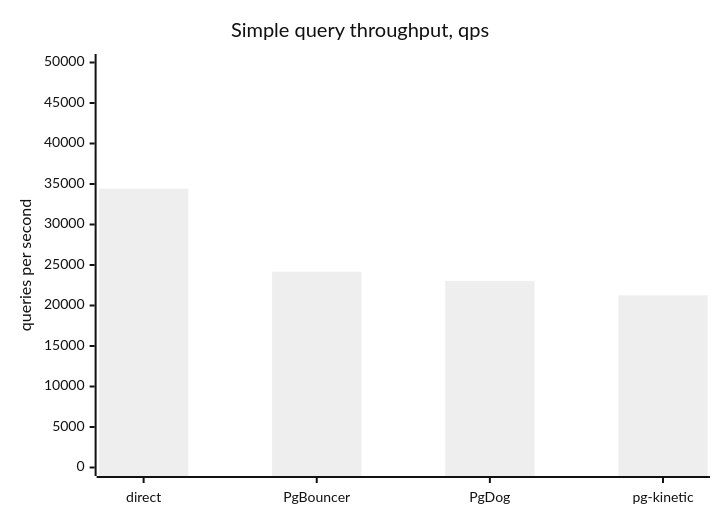
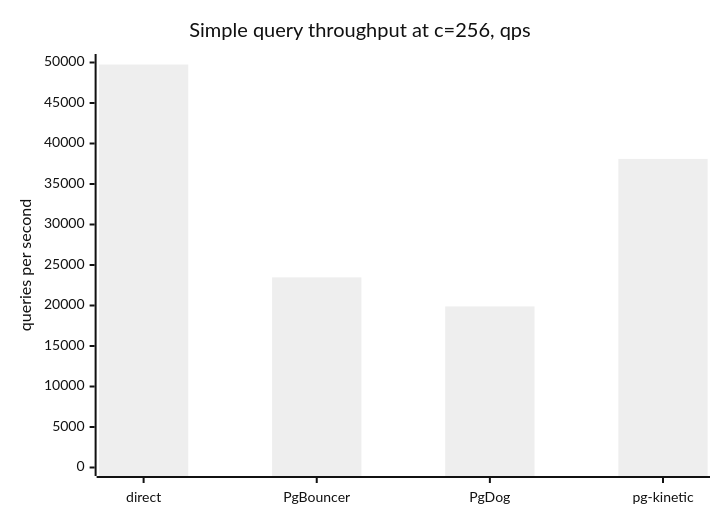
Before and after one commit to HookWoods/pg-kinetic: the first of 2 diagrams in docs/benchmark-results.md, drawn with Mermaid (neutral theme). The commit also changed other lines of this file and 8 other files, not shown here.

Commit message:
perf: cache simple query plans and update benchmarks

````diff
--- a/docs/benchmark-results.md
+++ b/docs/benchmark-results.md
@@ -22,7 +32,7 @@
 ```mermaid
 xychart-beta
-  title "Simple query throughput, qps"
+  title "Simple query throughput at c=256, qps"
   x-axis ["direct", "PgBouncer", "PgDog", "pg-kinetic"]
   y-axis "queries per second" 0 --> 50000
-  bar [34427, 24173, 23044, 21253]
+  bar [49748, 23475, 19886, 38099]
 ```
````
